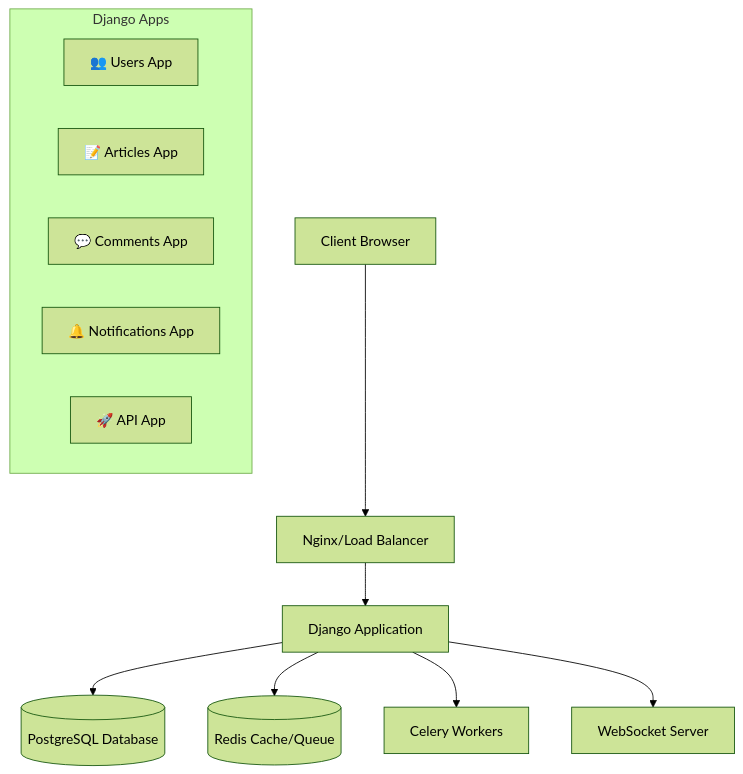
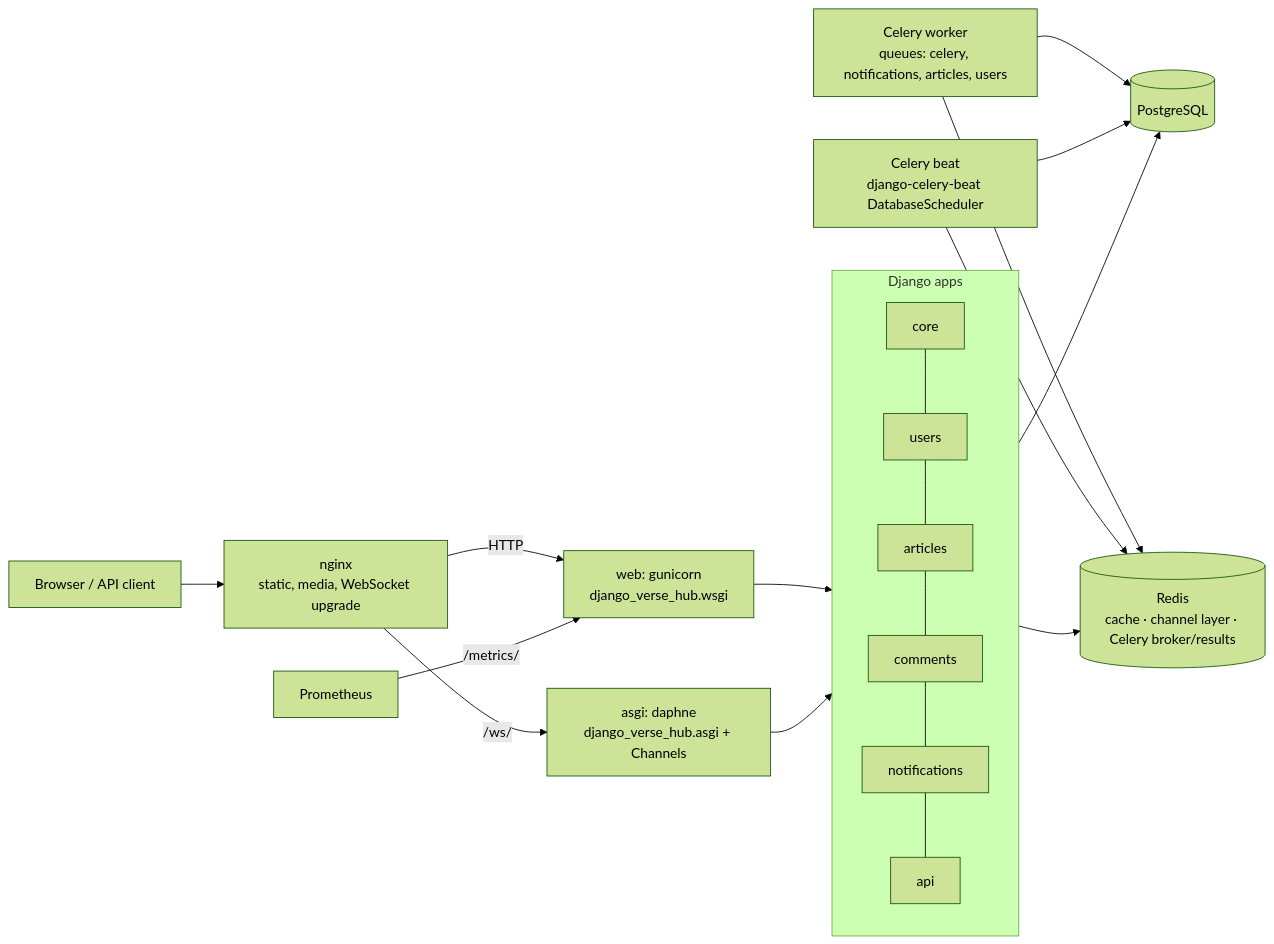
One commit to SatvikPraveen/DjangoVerseHub changed the diagram in README.md. Above: the diagram before and after it, drawn with Mermaid (forest theme). The commit also changed other lines of this file and 3 other files, not shown here.

````diff
--- a/README.md
+++ b/README.md
@@ -30,17 +75,18 @@
 ```mermaid
-graph TB
-    Client[Client Browser] --> Nginx[Nginx/Load Balancer]
-    Nginx --> Django[Django Application]
-    Django --> PostgreSQL[(PostgreSQL Database)]
-    Django --> Redis[(Redis Cache/Queue)]
-    Django --> Celery[Celery Workers]
-    Django --> WebSocket[WebSocket Server]
-
-    subgraph "Django Apps"
-        Users[👥 Users App]
-        Articles[📝 Articles App]
-        Comments[💬 Comments App]
-        Notifications[🔔 Notifications App]
-        API[🚀 API App]
+graph LR
+    Client[Browser / API client] --> Nginx[nginx<br/>static, media, WebSocket upgrade]
+    Nginx -->|HTTP| Web[web: gunicorn<br/>django_verse_hub.wsgi]
+    Nginx -->|/ws/| ASGI[asgi: daphne<br/>django_verse_hub.asgi + Channels]
+    Web --> Apps
+    ASGI --> Apps
+    subgraph Apps[Django apps]
+        core --- users --- articles --- comments --- notifications --- api
     end
+    Apps --> PG[(PostgreSQL)]
+    Apps --> Redis[(Redis<br/>cache · channel layer · Celery broker/results)]
+    Worker[Celery worker<br/>queues: celery, notifications, articles, users] --> Redis
+    Worker --> PG
+    Beat[Celery beat<br/>django-celery-beat DatabaseScheduler] --> Redis
+    Beat --> PG
+    Prom[Prometheus] -->|/metrics/| Web
 ```
````
